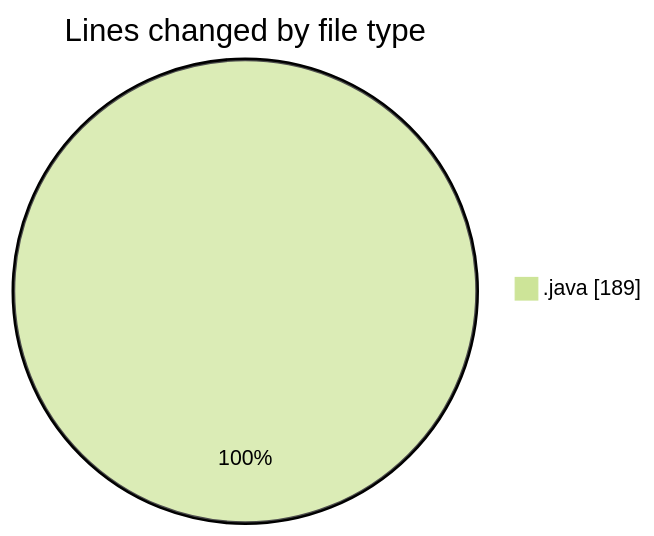
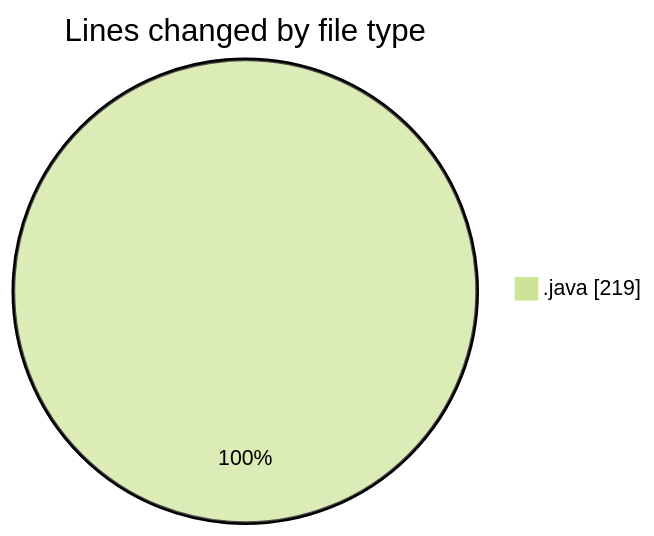
One commit to ricardozamudiocil/code-tracking changed the first of 2 diagrams in 2026-05-26/cilapp/README.md. Above: the diagram before and after it, drawn with Mermaid (forest theme). The commit also changed other lines of this file and 1 other file, not shown here.

````diff
--- a/2026-05-26/cilapp/README.md
+++ b/2026-05-26/cilapp/README.md
@@ -20,5 +20,5 @@
 ```mermaid
 pie showData
 title Lines changed by file type
-".java" : 189
+".java" : 219
 ```
````
